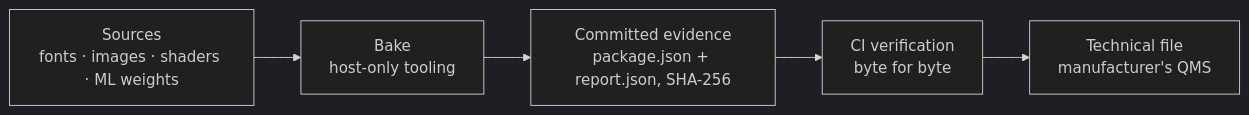
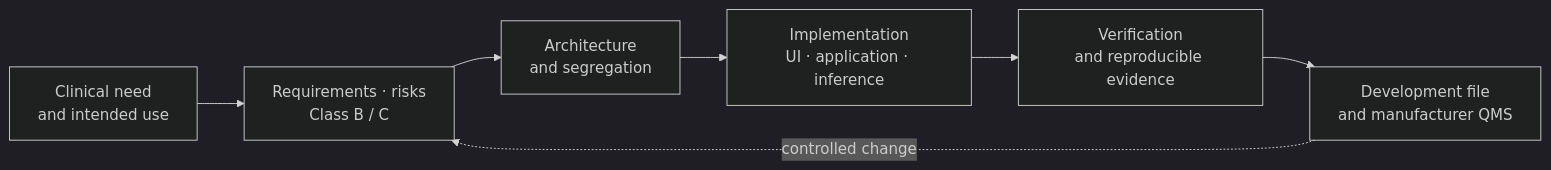
The first of 2 diagrams in README.en.md (ambroise-leclerc/TrustSC), drawn with Mermaid (dark theme) before and after one commit. The commit also changed other lines of this file and 1 other file, not shown here.

````diff
--- a/README.en.md
+++ b/README.en.md
@@ -32,7 +30,9 @@
 ```mermaid
-graph LR
-    A["Sources<br/>fonts · images · shaders · ML weights"] --> B["Bake<br/>host-only tooling"]
-    B --> C["Committed evidence<br/>package.json + report.json, SHA-256"]
-    C --> D["CI verification<br/>byte for byte"]
-    D --> E["Technical file<br/>manufacturer's QMS"]
+flowchart LR
+    A["Clinical need<br/>and intended use"] --> B["Requirements · risks<br/>Class B / C"]
+    B --> C["Architecture<br/>and segregation"]
+    C --> D["Implementation<br/>UI · application · inference"]
+    D --> E["Verification<br/>and reproducible evidence"]
+    E --> F["Development file<br/>and manufacturer QMS"]
+    F -. "controlled change" .-> B
 ```
````
